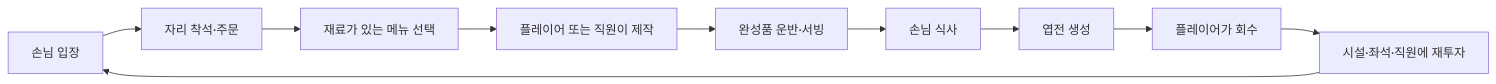
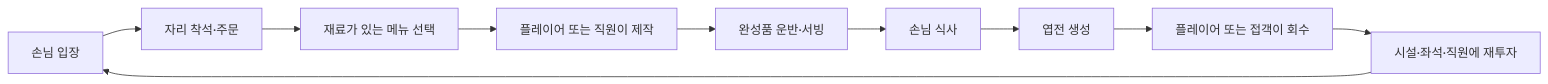
Before and after one commit to KwangSon/street: the diagram in docs/01_core_loop.md, drawn with Mermaid. The commit also changed other lines of this file and 31 other files, not shown here.

````diff
--- a/docs/01_core_loop.md
+++ b/docs/01_core_loop.md
@@ -9,12 +9,12 @@
 ```mermaid
 flowchart LR
     A["손님 입장"] --> B["자리 착석·주문"]
     B --> C["재료가 있는 메뉴 선택"]
     C --> D["플레이어 또는 직원이 제작"]
     D --> E["완성품 운반·서빙"]
     E --> F["손님 식사"]
     F --> G["엽전 생성"]
-    G --> H["플레이어가 회수"]
+    G --> H["플레이어 또는 접객이 회수"]
     H --> I["시설·좌석·직원에 재투자"]
     I --> A
 ```
````
